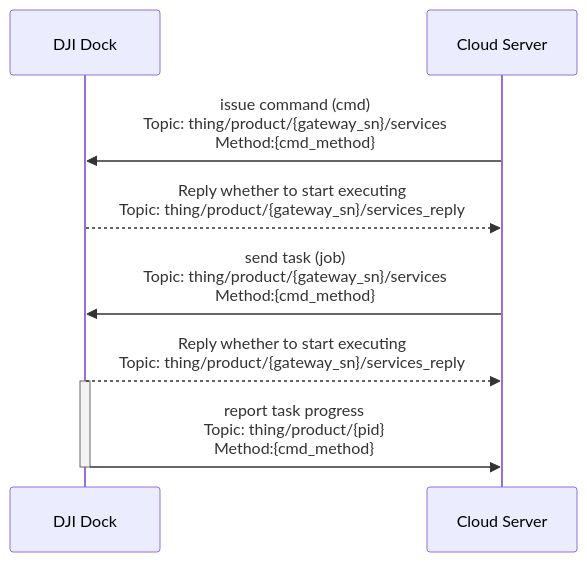
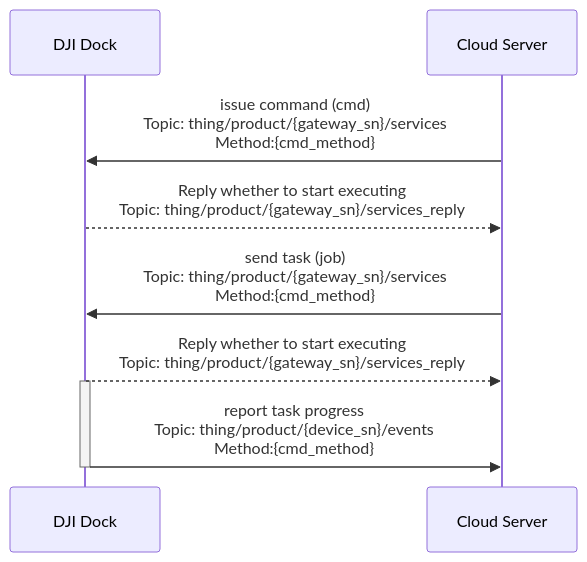
Before and after one commit to dji-sdk/Cloud-API-Doc: the diagram in docs/en/30.feature-set/20.dock-feature-set/70.remote-debug.md, drawn with Mermaid. The commit also changed 41 other files, not shown here.

`````diff
--- a/docs/en/30.feature-set/20.dock-feature-set/70.remote-debug.md
+++ b/docs/en/30.feature-set/20.dock-feature-set/70.remote-debug.md
@@ -32,20 +32,20 @@
 ````mermaid
 sequenceDiagram
 
 participant client as DJI Dock
 participant app_server as Cloud Server
 
 app_server ->> client : issue command (cmd) <br/>Topic: thing/product/{gateway_sn}/services<br/>Method:{cmd_method}
 client -->> app_server : Reply whether to start executing <br/>Topic: thing/product/{gateway_sn}/services_reply
 
 app_server ->> client : send task (job)<br/>Topic: thing/product/{gateway_sn}/services<br/>Method:{cmd_method}
 client -->> app_server : Reply whether to start executing <br/>Topic: thing/product/{gateway_sn}/services_reply
 
 
 activate client
 
-client ->> app_server : report task progress<br/>Topic: thing/product/{pid}<br/>Method:{cmd_method}
+client ->> app_server : report task progress<br/>Topic: thing/product/{device_sn}/events<br/>Method:{cmd_method}
 
 deactivate client
 
 ````
`````
